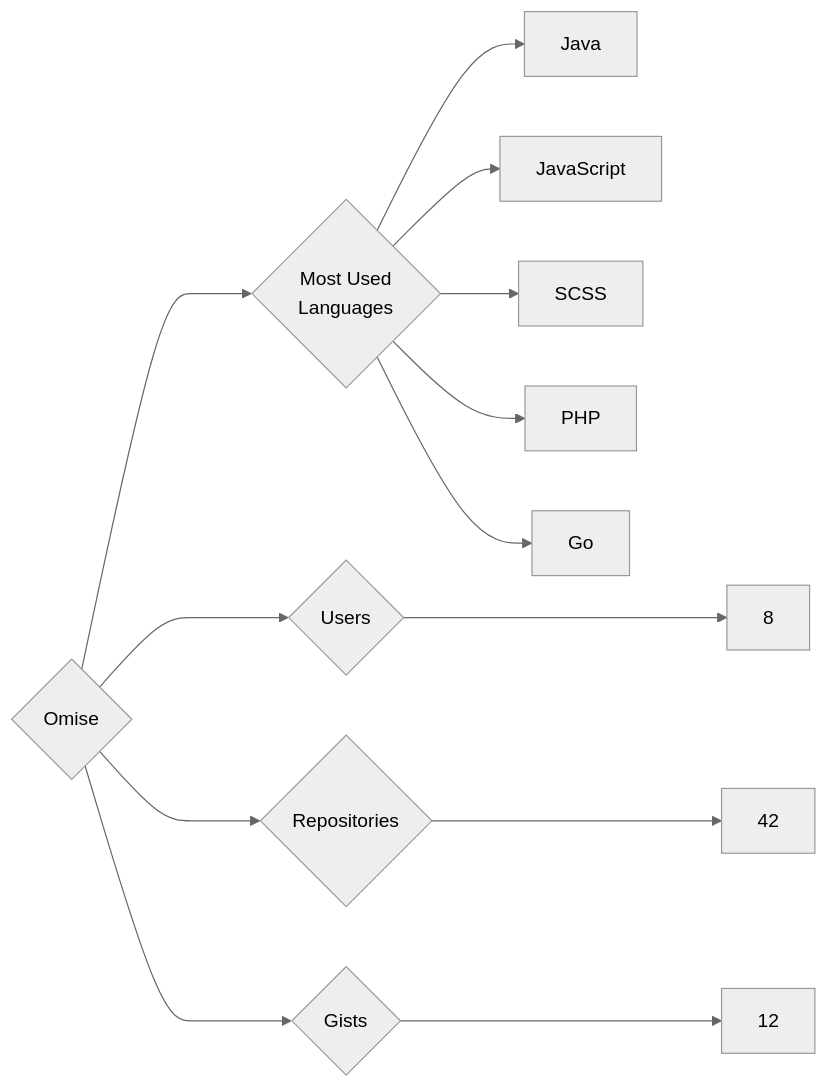
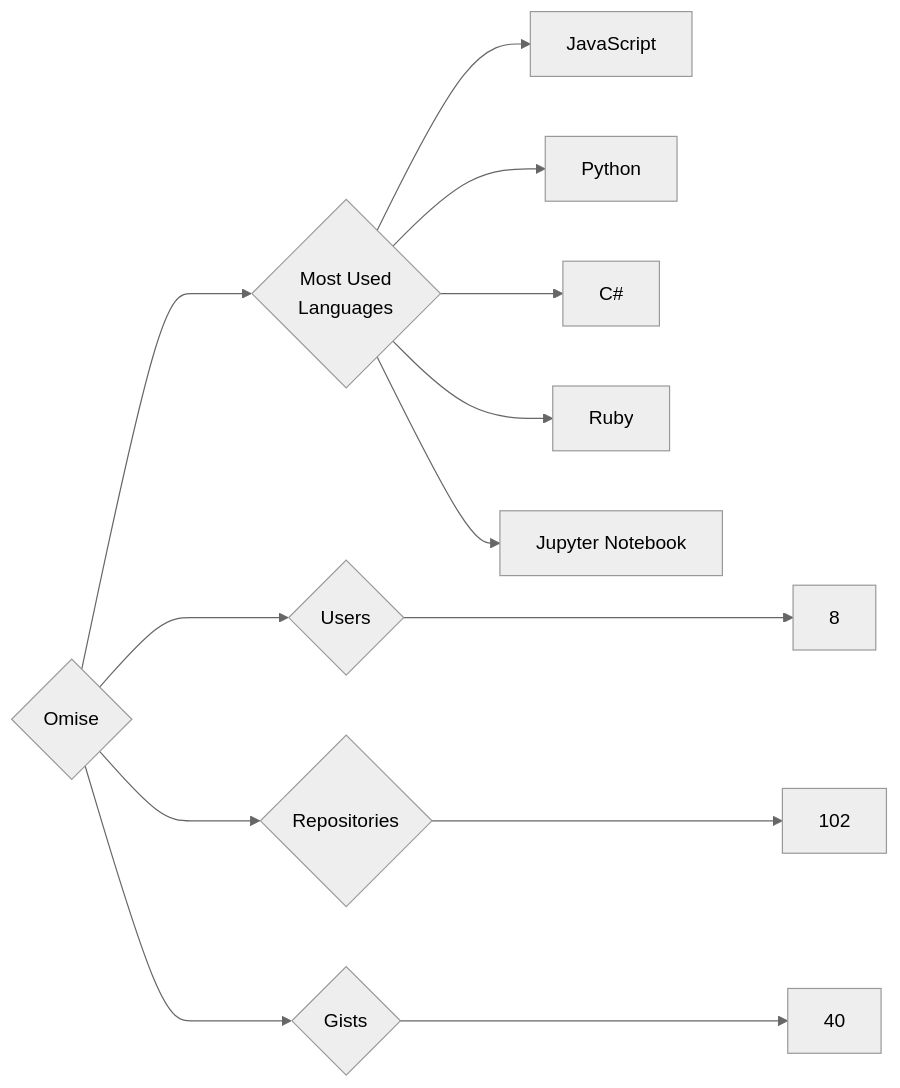
One commit to trickest/insiders changed the diagram in targets/Omise/README.md. Above: the diagram before and after it, drawn with Mermaid (neutral theme). The commit also changed 953 other files, not shown here.

````diff
--- a/targets/Omise/README.md
+++ b/targets/Omise/README.md
@@ -3,13 +3,13 @@
 ```mermaid
 graph LR
 COMPANY_NAME{Omise}
 COMPANY_NAME ---> U{Users} ---> UN[8]
-COMPANY_NAME ---> R{Repositories} ---> RN[42]
-COMPANY_NAME ---> G{Gists} ---> GN[12]
+COMPANY_NAME ---> R{Repositories} ---> RN[102]
+COMPANY_NAME ---> G{Gists} ---> GN[40]
 COMPANY_NAME ---> ML{Most Used<br>Languages}
-ML --> Java[Java]
 ML --> JavaScript[JavaScript]
-ML --> SCSS[SCSS]
-ML --> PHP[PHP]
-ML --> Go[Go]
+ML --> Python[Python]
+ML --> C#[C#]
+ML --> Ruby[Ruby]
+ML --> Jupyter_Notebook[Jupyter Notebook]
 ```
````
